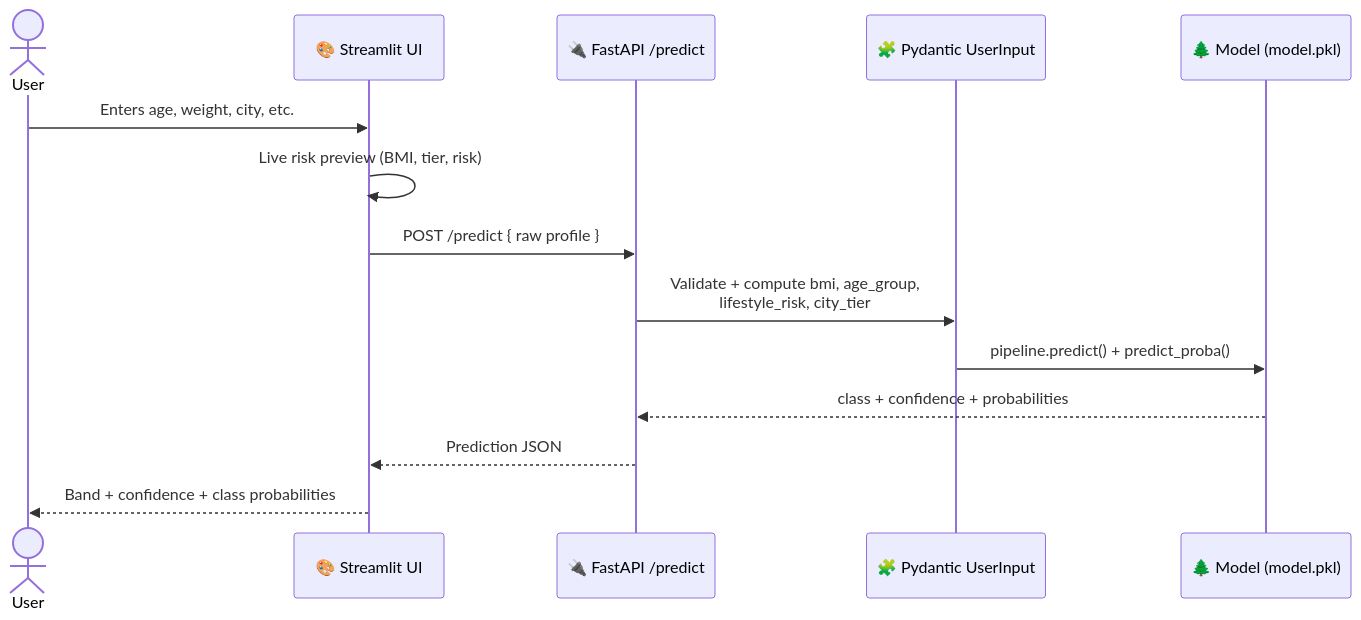
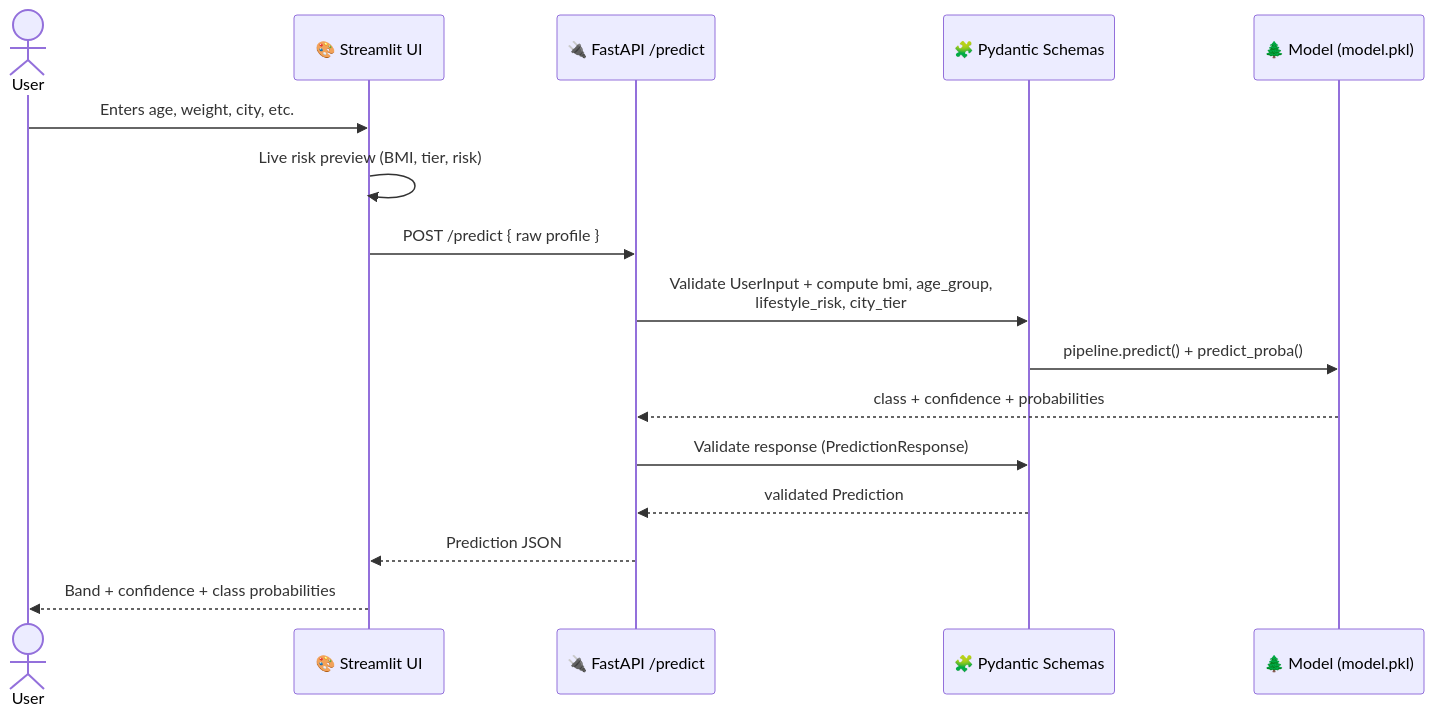
Before and after one commit to Og-Brutal/insurance-premium-predictor: the third of 3 diagrams in README.md, drawn with Mermaid.

Commit message:
The Sequence Diagram is also Updated accordingly.

````diff
--- a/README.md
+++ b/README.md
@@ -148,17 +148,19 @@
 ```mermaid
 sequenceDiagram
     actor User
     participant UI as 🎨 Streamlit UI
     participant API as 🔌 FastAPI /predict
-    participant PY as 🧩 Pydantic UserInput
+    participant PY as 🧩 Pydantic Schemas
     participant M as 🌲 Model (model.pkl)
 
     User->>UI: Enters age, weight, city, etc.
     UI->>UI: Live risk preview (BMI, tier, risk)
     UI->>API: POST /predict { raw profile }
-    API->>PY: Validate + compute bmi, age_group,<br/>lifestyle_risk, city_tier
+    API->>PY: Validate UserInput + compute bmi, age_group,<br/>lifestyle_risk, city_tier
     PY->>M: pipeline.predict() + predict_proba()
     M-->>API: class + confidence + probabilities
+    API->>PY: Validate response (PredictionResponse)
+    PY-->>API: validated Prediction
     API-->>UI: Prediction JSON
     UI-->>User: Band + confidence + class probabilities
 ```
````
